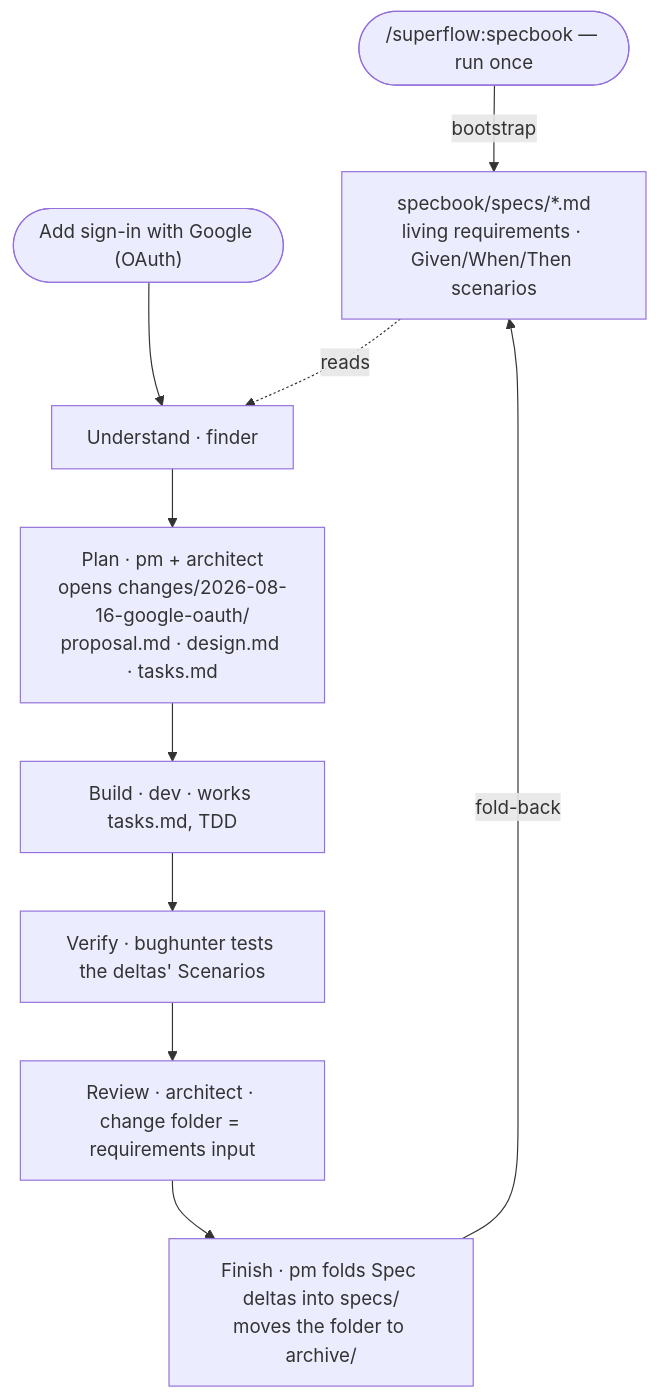
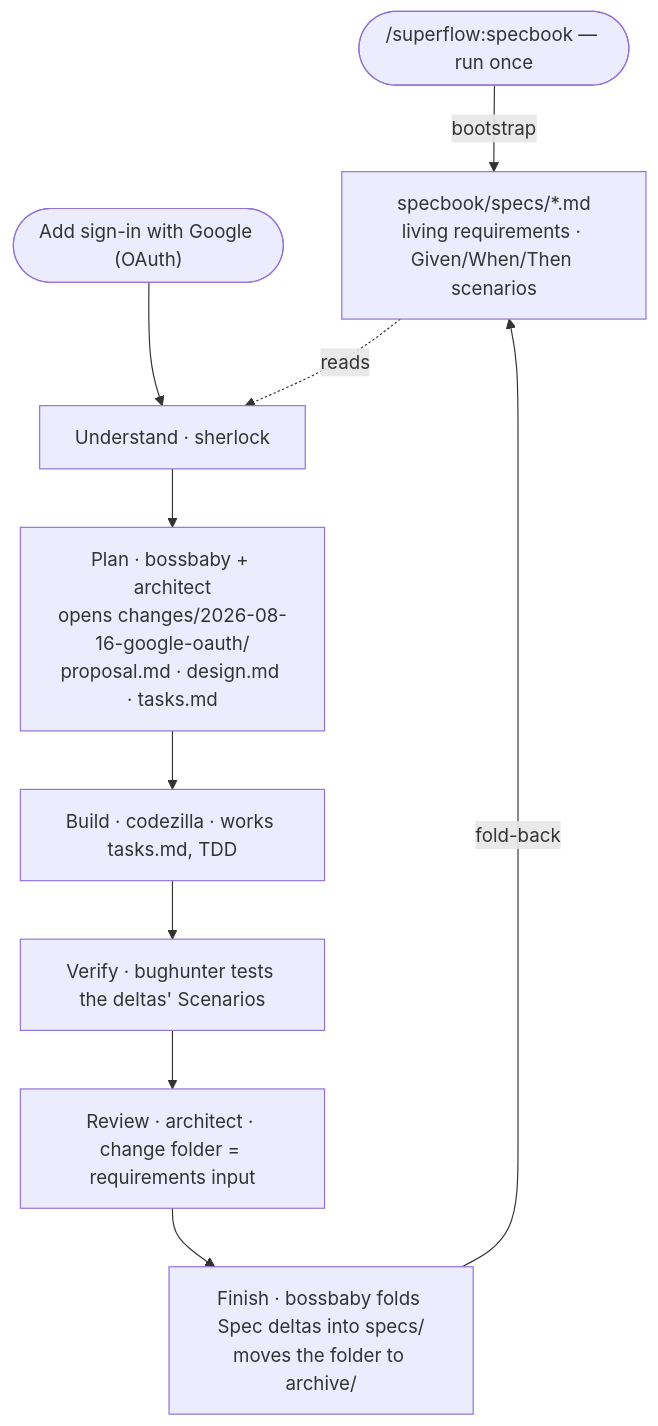
One commit to cashwanikumar/superflow changed the fourth of 4 diagrams in README.md. Above: the diagram before and after it, drawn with Mermaid. The commit also changed other lines of this file and 18 other files, not shown here.

First line of the commit message:
Rename dev/finder/pm personas to codezilla/sherlock/bossbaby (#2)

````diff
--- a/README.md
+++ b/README.md
@@ -121,12 +121,12 @@
 ```mermaid
 flowchart TD
     CMD(["/superflow:specbook — run once"]) -->|bootstrap| S["specbook/specs/*.md<br/>living requirements · Given/When/Then scenarios"]
-    Q(["Add sign-in with Google (OAuth)"]) --> U["Understand · finder"]
+    Q(["Add sign-in with Google (OAuth)"]) --> U["Understand · sherlock"]
     S -.->|reads| U
-    U --> P["Plan · pm + architect<br/>opens changes/2026-08-16-google-oauth/<br/>proposal.md · design.md · tasks.md"]
-    P --> BU["Build · dev · works tasks.md, TDD"]
+    U --> P["Plan · bossbaby + architect<br/>opens changes/2026-08-16-google-oauth/<br/>proposal.md · design.md · tasks.md"]
+    P --> BU["Build · codezilla · works tasks.md, TDD"]
     BU --> V["Verify · bughunter tests the deltas' Scenarios"]
     V --> RE["Review · architect · change folder = requirements input"]
-    RE --> FI["Finish · pm folds Spec deltas into specs/<br/>moves the folder to archive/"]
+    RE --> FI["Finish · bossbaby folds Spec deltas into specs/<br/>moves the folder to archive/"]
     FI -->|fold-back| S
 ```
````
